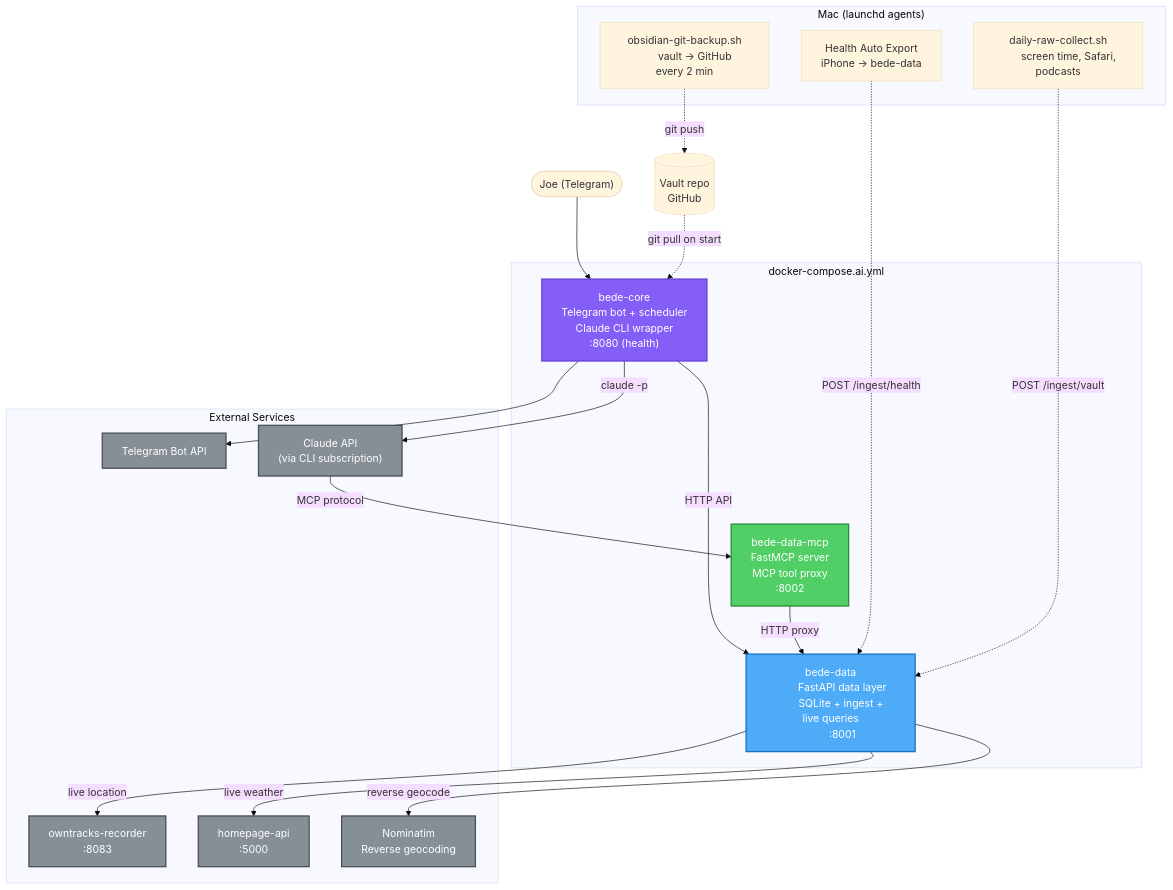
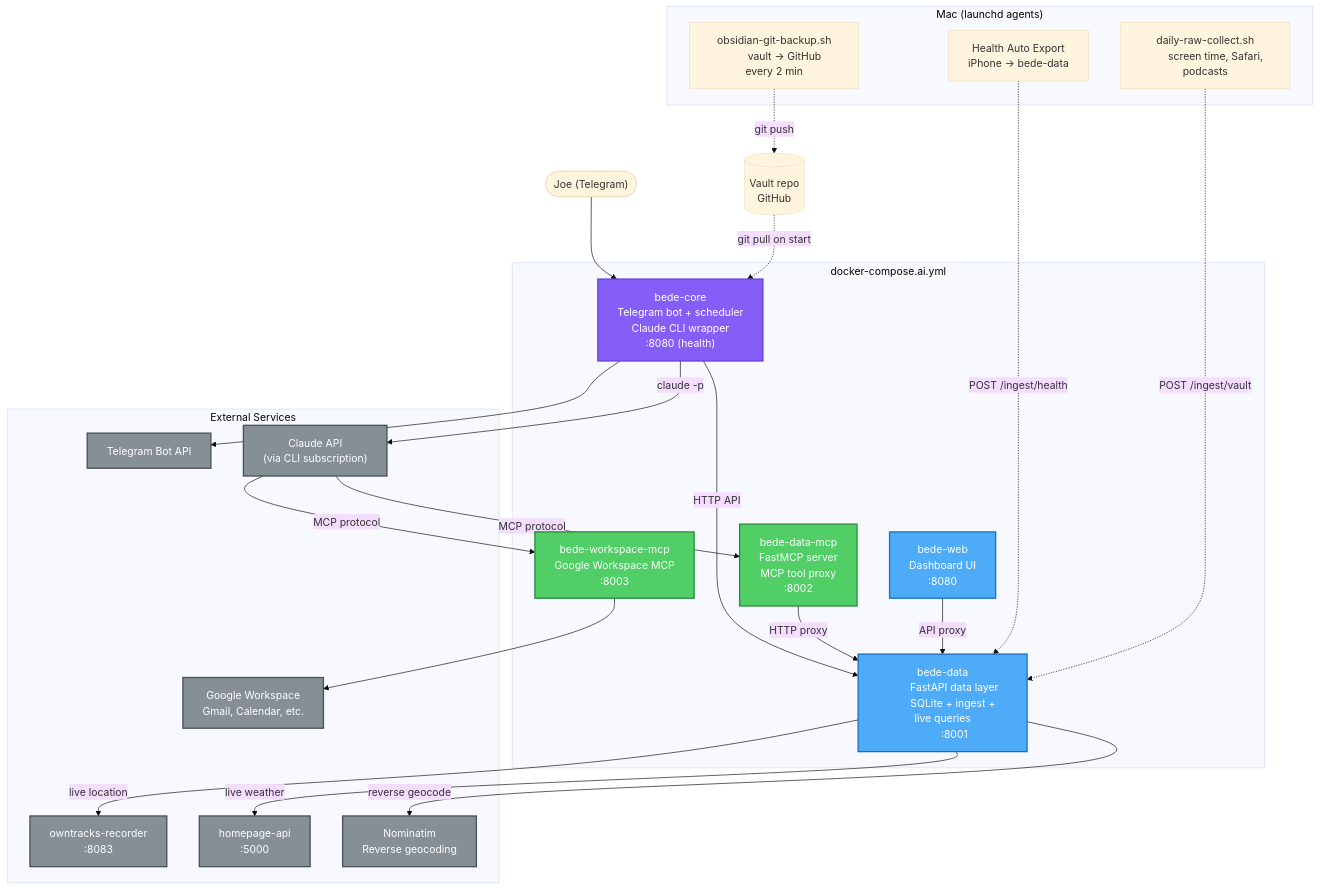
The first of 3 diagrams in ARCHITECTURE.md (josephradford/bede), drawn with Mermaid (base theme) before and after one commit. The commit also changed other lines of this file and 2 other files, not shown here.

````diff
--- a/ARCHITECTURE.md
+++ b/ARCHITECTURE.md
@@ -30,6 +30,14 @@
         FastMCP server
         MCP tool proxy
         :8002"]
+
+        WMCP["bede-workspace-mcp
+        Google Workspace MCP
+        :8003"]
+
+        Web["bede-web
+        Dashboard UI
+        :8080"]
     end
 
     subgraph External["External Services"]
@@ -42,6 +50,8 @@
         :5000"]
         Nominatim["Nominatim
         Reverse geocoding"]
+        Google["Google Workspace
+        Gmail, Calendar, etc."]
     end
 
     subgraph Mac["Mac (launchd agents)"]
@@ -59,9 +69,12 @@
     Core --> Telegram
     Core -- "claude -p" --> Claude
     Claude -- "MCP protocol" --> MCP
+    Claude -- "MCP protocol" --> WMCP
     Core -- "HTTP API" --> Data
 
     MCP -- "HTTP proxy" --> Data
+    WMCP --> Google
+    Web -- "API proxy" --> Data
 
     Data -- "live location" --> OwnTracks
     Data -- "live weather" --> HomepageAPI
@@ -80,6 +93,7 @@
 
     class Core core
     class Data data
-    class MCP mcp
-    class Telegram,Claude,OwnTracks,HomepageAPI,Nominatim external
+    class MCP,WMCP mcp
+    class Web data
+    class Telegram,Claude,OwnTracks,HomepageAPI,Nominatim,Google external
 ```
````
